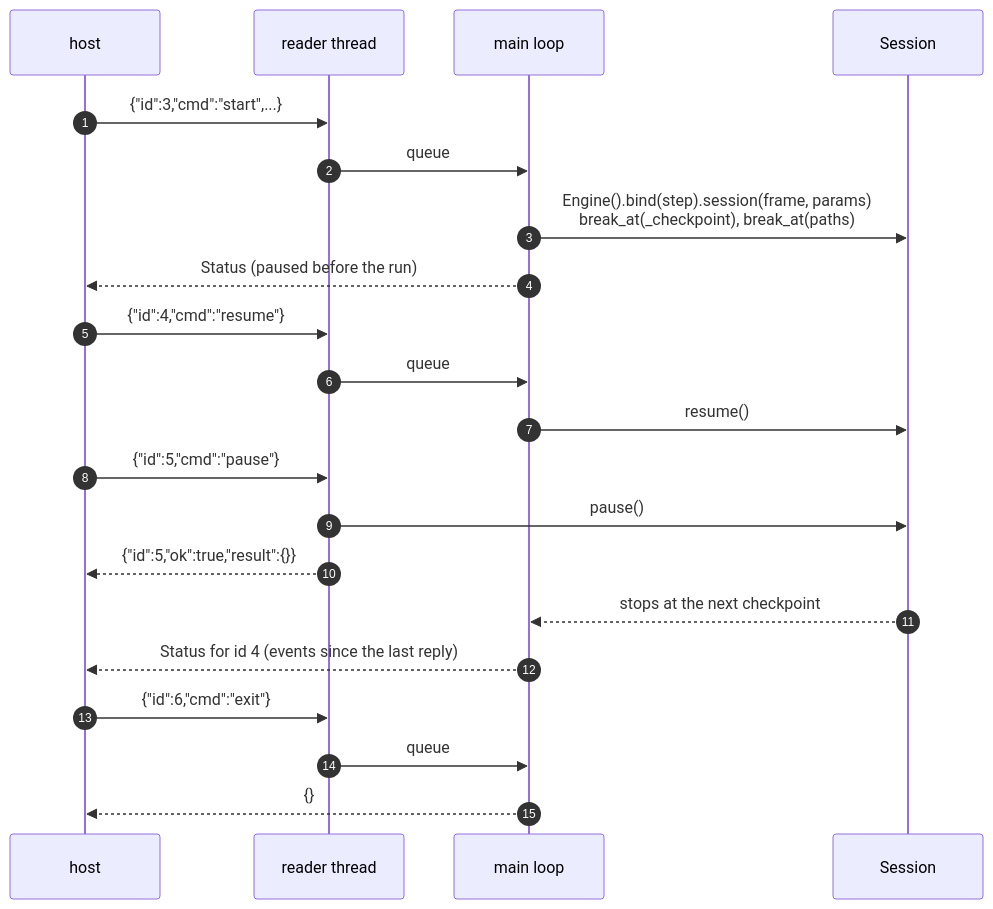
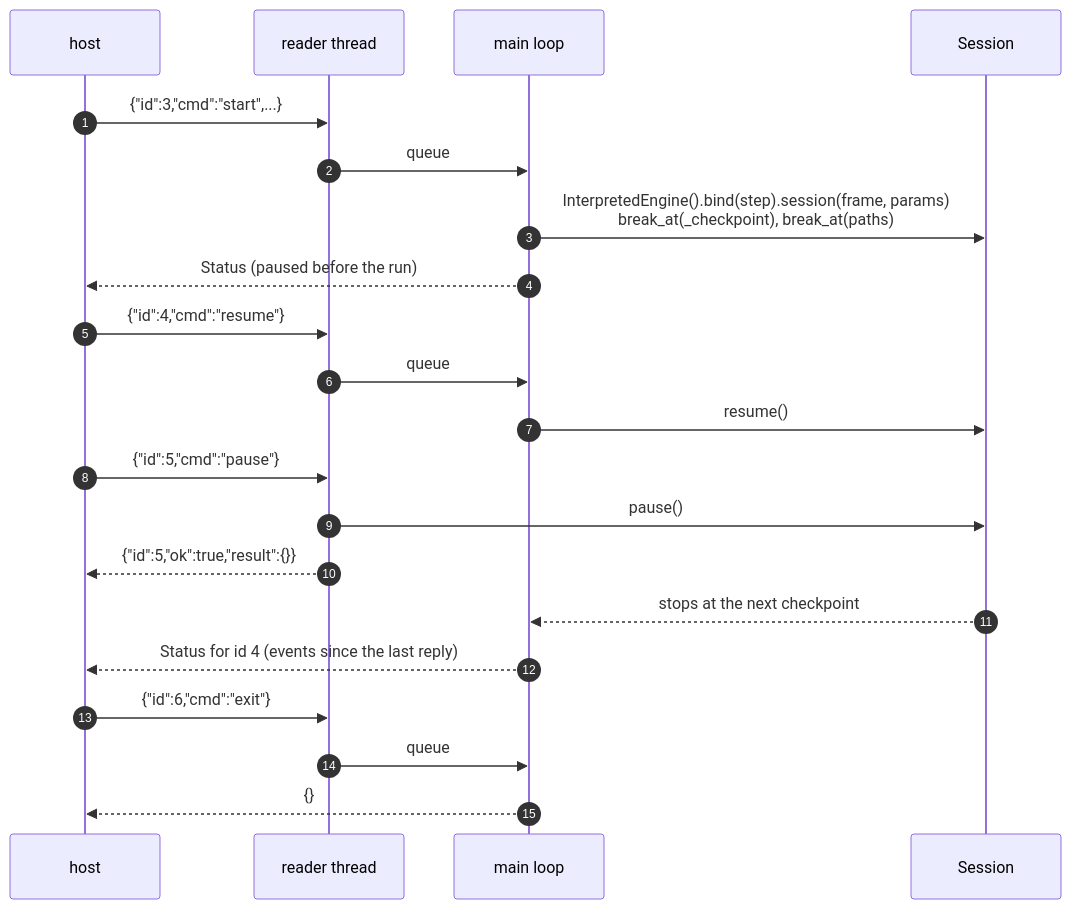
The first of 4 diagrams in docs/architecture/editor-bridge.md (capitec/dsp-decision-engine), drawn with Mermaid before and after one commit. The commit also changed other lines of this file and 53 other files, not shown here.

````diff
--- a/docs/architecture/editor-bridge.md
+++ b/docs/architecture/editor-bridge.md
@@ -153,23 +153,23 @@
 ```mermaid
 sequenceDiagram
     autonumber
     participant H as host
     participant R as reader thread
     participant M as main loop
     participant S as Session
     H->>R: {"id":3,"cmd":"start",...}
     R->>M: queue
-    M->>S: Engine().bind(step).session(frame, params)<br/>break_at(_checkpoint), break_at(paths)
+    M->>S: InterpretedEngine().bind(step).session(frame, params)<br/>break_at(_checkpoint), break_at(paths)
     M-->>H: Status (paused before the run)
     H->>R: {"id":4,"cmd":"resume"}
     R->>M: queue
     M->>S: resume()
     H->>R: {"id":5,"cmd":"pause"}
     R->>S: pause()
     R-->>H: {"id":5,"ok":true,"result":{}}
     S-->>M: stops at the next checkpoint
     M-->>H: Status for id 4 (events since the last reply)
     H->>R: {"id":6,"cmd":"exit"}
     R->>M: queue
     M-->>H: {}
 ```
````
